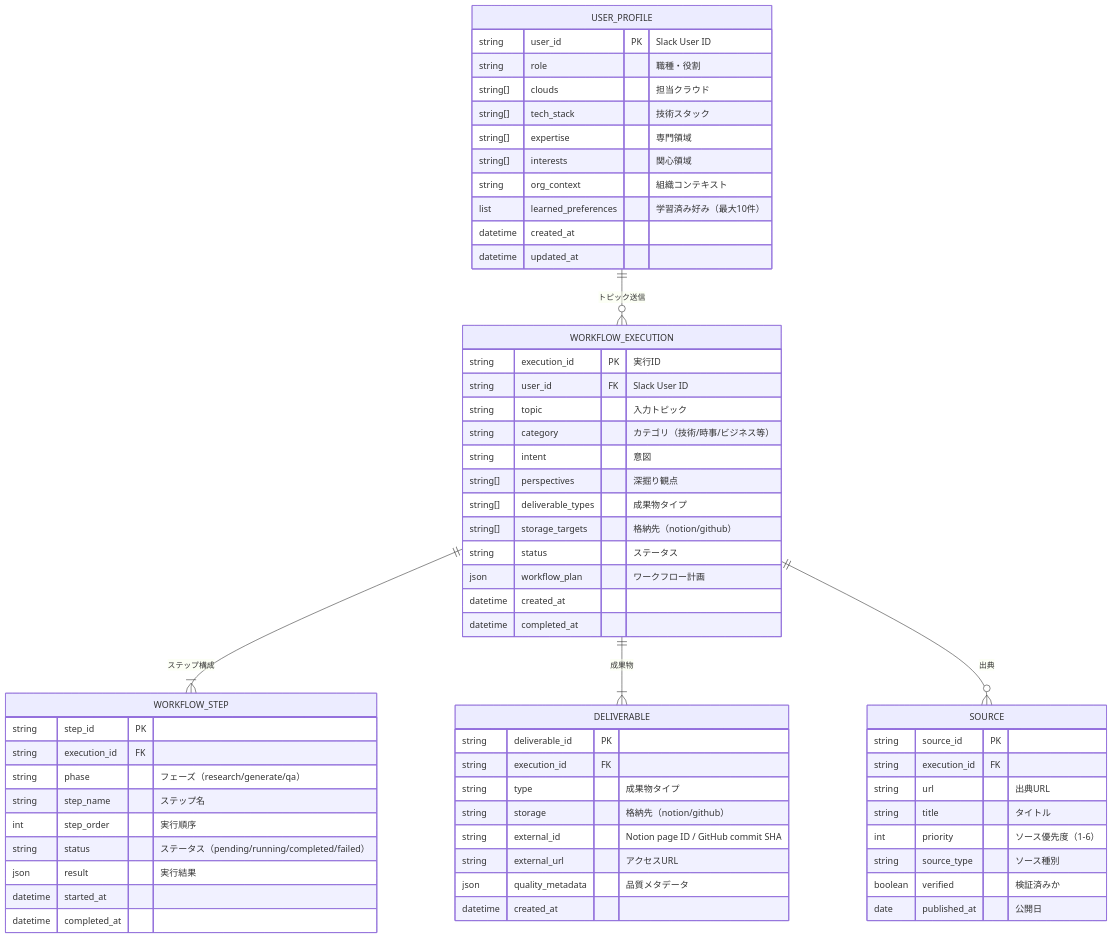
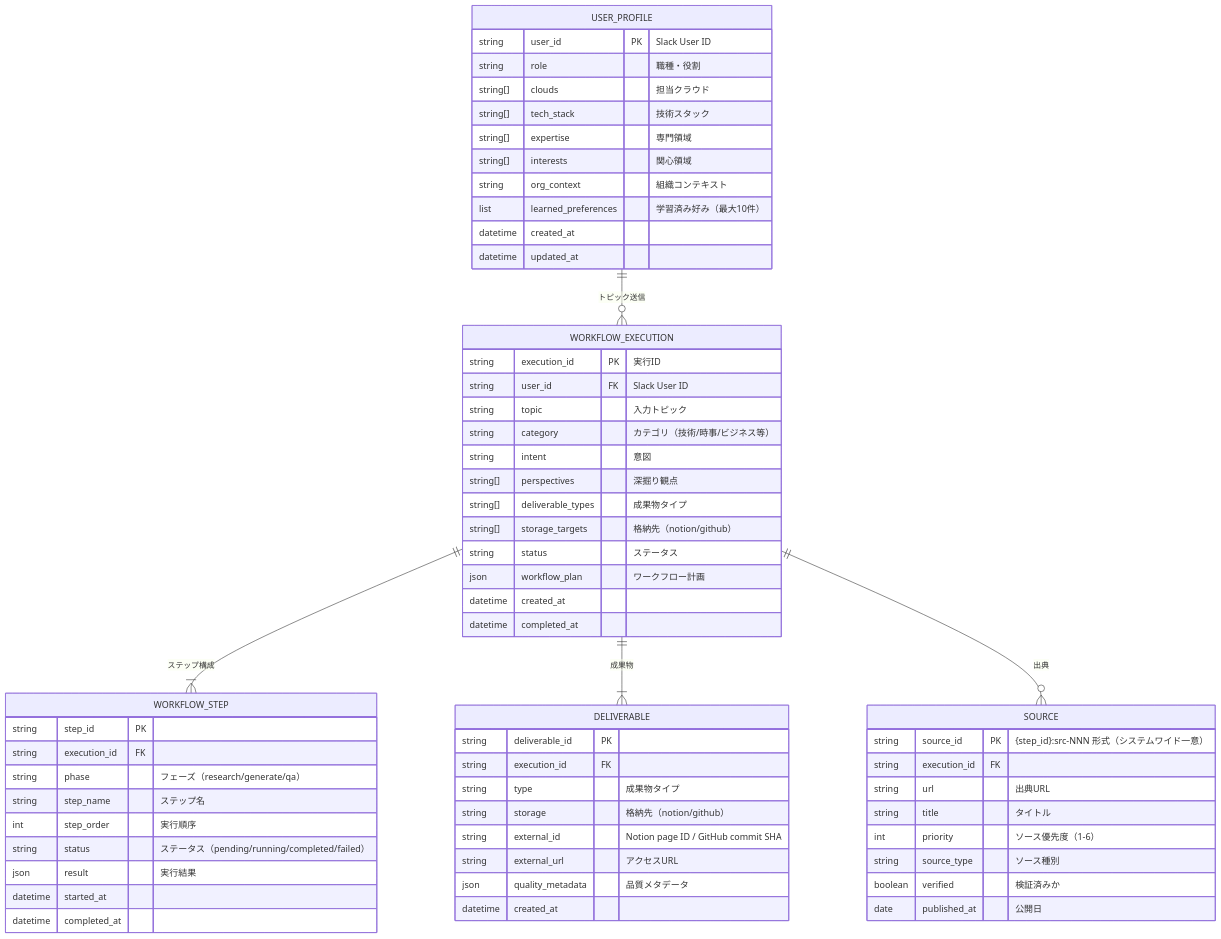
One commit to Shintaro-Abe/catch-expander-code changed the second of 6 diagrams in docs/functional-design.md. Above: the diagram before and after it, drawn with Mermaid. The commit also changed other lines of this file and 3 other files, not shown here.

````diff
--- a/docs/functional-design.md
+++ b/docs/functional-design.md
@@ -114,69 +115,69 @@
 ```mermaid
 erDiagram
     USER_PROFILE {
         string user_id PK "Slack User ID"
         string role "職種・役割"
         string[] clouds "担当クラウド"
         string[] tech_stack "技術スタック"
         string[] expertise "専門領域"
         string[] interests "関心領域"
         string org_context "組織コンテキスト"
         list learned_preferences "学習済み好み（最大10件）"
         datetime created_at
         datetime updated_at
     }
 
     WORKFLOW_EXECUTION {
         string execution_id PK "実行ID"
         string user_id FK "Slack User ID"
         string topic "入力トピック"
         string category "カテゴリ（技術/時事/ビジネス等）"
         string intent "意図"
         string[] perspectives "深掘り観点"
         string[] deliverable_types "成果物タイプ"
         string[] storage_targets "格納先（notion/github）"
         string status "ステータス"
         json workflow_plan "ワークフロー計画"
         datetime created_at
         datetime completed_at
     }
 
     WORKFLOW_STEP {
         string step_id PK
         string execution_id FK
         string phase "フェーズ（research/generate/qa）"
         string step_name "ステップ名"
         int step_order "実行順序"
         string status "ステータス（pending/running/completed/failed）"
         json result "実行結果"
         datetime started_at
         datetime completed_at
     }
 
     DELIVERABLE {
         string deliverable_id PK
         string execution_id FK
         string type "成果物タイプ"
         string storage "格納先（notion/github）"
         string external_id "Notion page ID / GitHub commit SHA"
         string external_url "アクセスURL"
         json quality_metadata "品質メタデータ"
         datetime created_at
     }
 
     SOURCE {
-        string source_id PK
+        string source_id PK "{step_id}:src-NNN 形式（システムワイド一意）"
         string execution_id FK
         string url "出典URL"
         string title "タイトル"
         int priority "ソース優先度（1-6）"
         string source_type "ソース種別"
         boolean verified "検証済みか"
         date published_at "公開日"
     }
 
     USER_PROFILE ||--o{ WORKFLOW_EXECUTION : "トピック送信"
     WORKFLOW_EXECUTION ||--|{ WORKFLOW_STEP : "ステップ構成"
     WORKFLOW_EXECUTION ||--|{ DELIVERABLE : "成果物"
     WORKFLOW_EXECUTION ||--o{ SOURCE : "出典"
 ```
````
